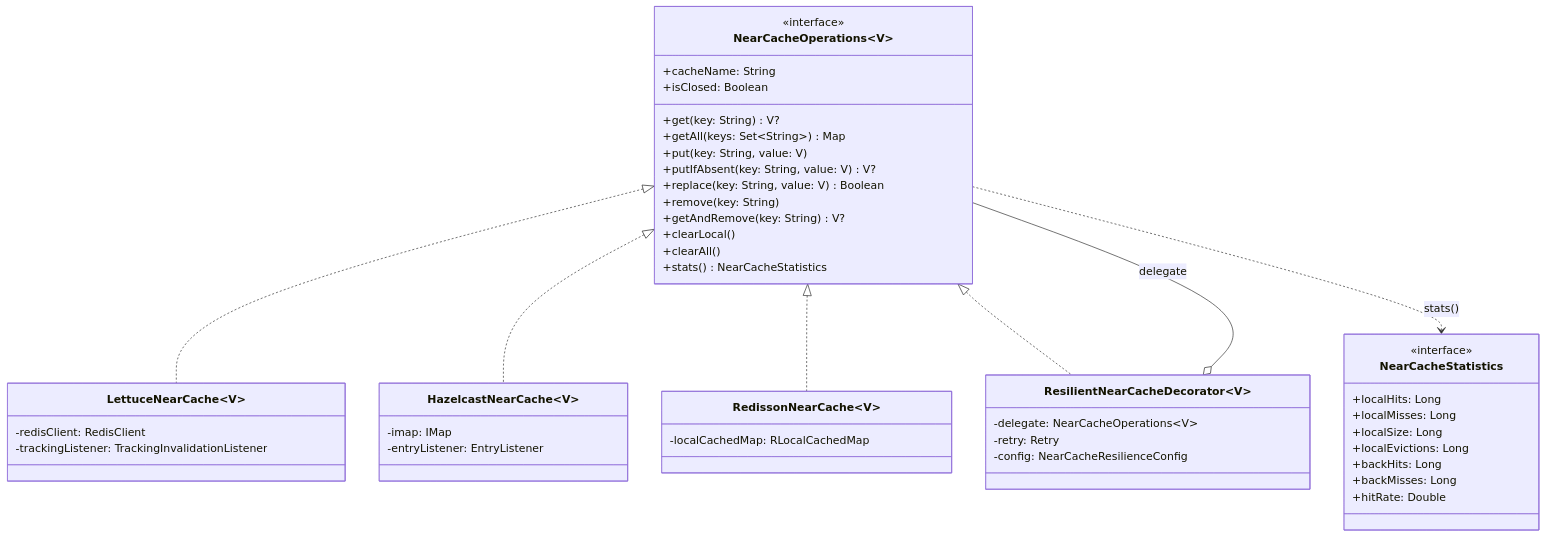
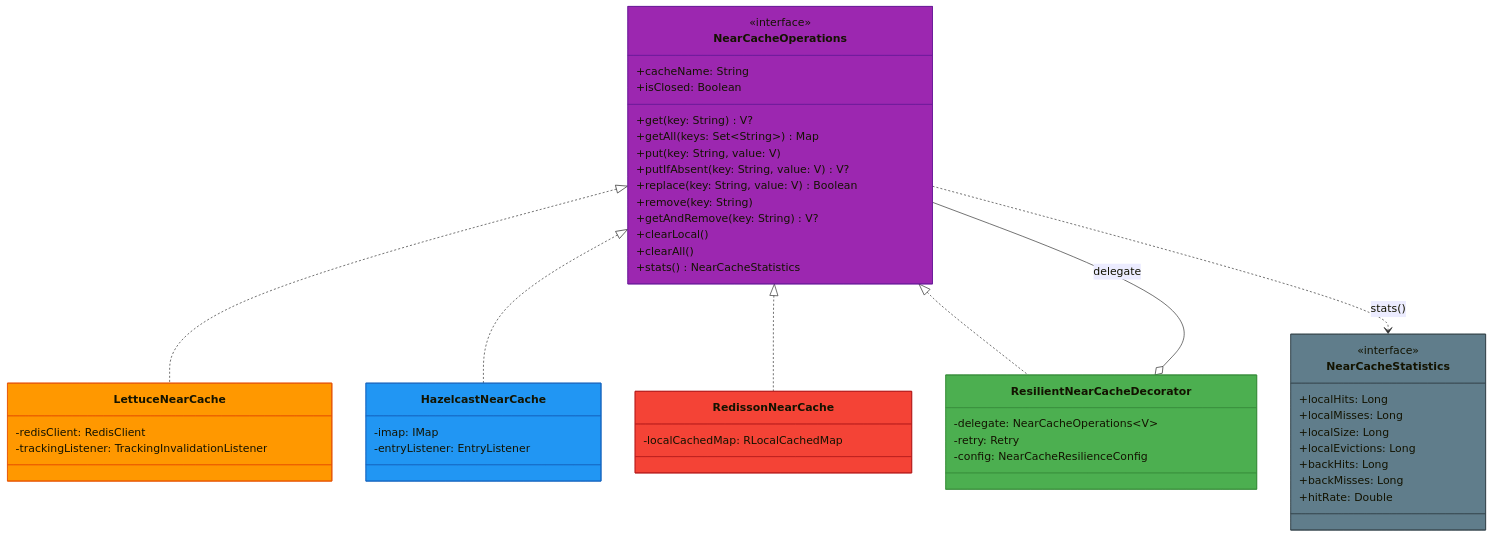
One commit to bluetape4k/bluetape4k-projects changed the third of 7 diagrams in infra/cache-core/README.md. Above: the diagram before and after it, drawn with Mermaid. The commit also changed other lines of this file and 74 other files, not shown here.

First line of the commit message:
docs: bluetape4k/core/coroutines/logging, io/feign~vertx README 색상 Mermaid UML 추가

````diff
--- a/infra/cache-core/README.md
+++ b/infra/cache-core/README.md
@@ -85,56 +85,63 @@
 ```mermaid
 classDiagram
-    class NearCacheOperations~V~ {
+    class NearCacheOperations:::abstractStyle {
         <<interface>>
         +cacheName: String
         +isClosed: Boolean
         +get(key: String) V?
         +getAll(keys: Set~String~) Map
         +put(key: String, value: V)
         +putIfAbsent(key: String, value: V) V?
         +replace(key: String, value: V) Boolean
         +remove(key: String)
         +getAndRemove(key: String) V?
         +clearLocal()
         +clearAll()
         +stats() NearCacheStatistics
     }
 
-    class NearCacheStatistics {
+    class NearCacheStatistics:::infraStyle {
         <<interface>>
         +localHits: Long
         +localMisses: Long
         +localSize: Long
         +localEvictions: Long
         +backHits: Long
         +backMisses: Long
         +hitRate: Double
     }
 
-    class ResilientNearCacheDecorator~V~ {
+    class ResilientNearCacheDecorator:::serviceStyle {
         -delegate: NearCacheOperations~V~
         -retry: Retry
         -config: NearCacheResilienceConfig
     }
 
-    class LettuceNearCache~V~ {
+    class LettuceNearCache:::redisStyle {
         -redisClient: RedisClient
         -trackingListener: TrackingInvalidationListener
     }
 
-    class HazelcastNearCache~V~ {
+    class HazelcastNearCache:::clientStyle {
         -imap: IMap
         -entryListener: EntryListener
     }
 
-    class RedissonNearCache~V~ {
+    class RedissonNearCache:::cacheStyle {
         -localCachedMap: RLocalCachedMap
     }
 
     NearCacheOperations <|.. LettuceNearCache
     NearCacheOperations <|.. HazelcastNearCache
     NearCacheOperations <|.. RedissonNearCache
     NearCacheOperations <|.. ResilientNearCacheDecorator
     NearCacheOperations --o ResilientNearCacheDecorator : delegate
     NearCacheOperations ..> NearCacheStatistics : stats()
+
+    classDef cacheStyle   fill:#F44336,stroke:#B71C1C
+    classDef redisStyle   fill:#FF9800,stroke:#E65100
+    classDef infraStyle   fill:#607D8B,stroke:#37474F
+    classDef clientStyle  fill:#2196F3,stroke:#1565C0
+    classDef abstractStyle fill:#9C27B0,stroke:#6A1B9A
+    classDef serviceStyle fill:#4CAF50,stroke:#388E3C
 ```
````
